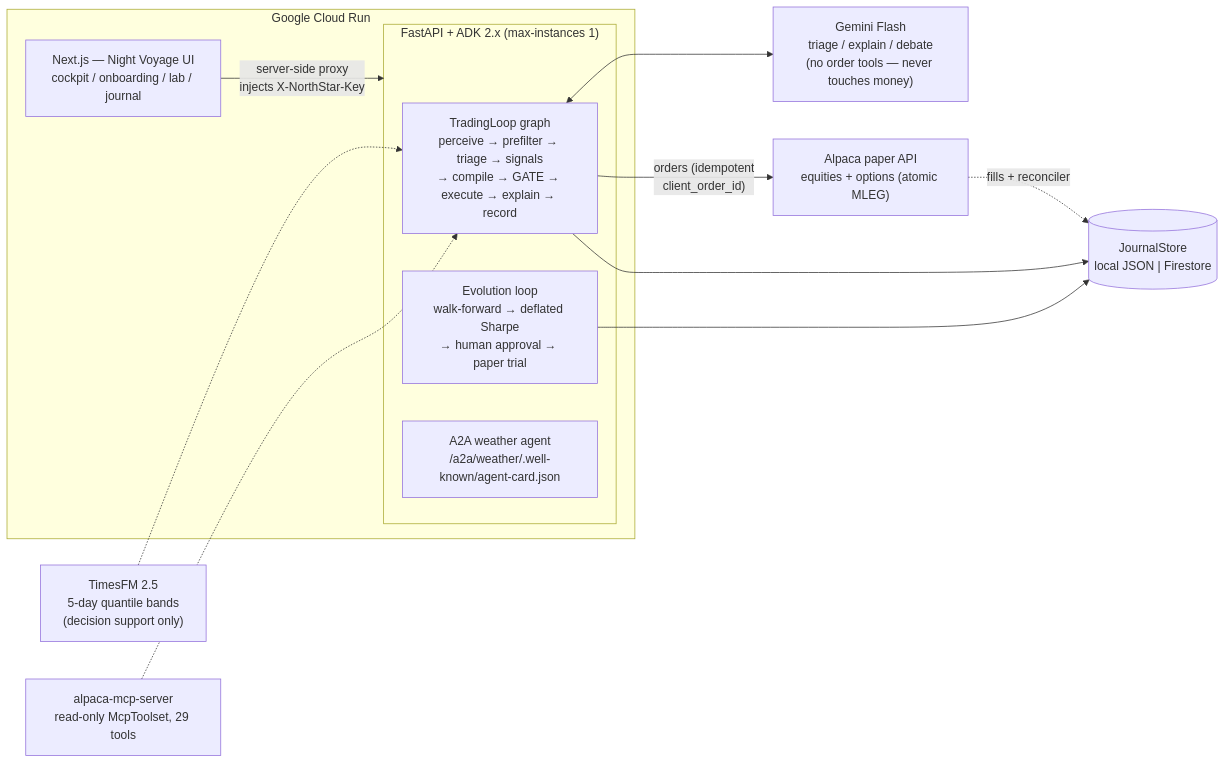
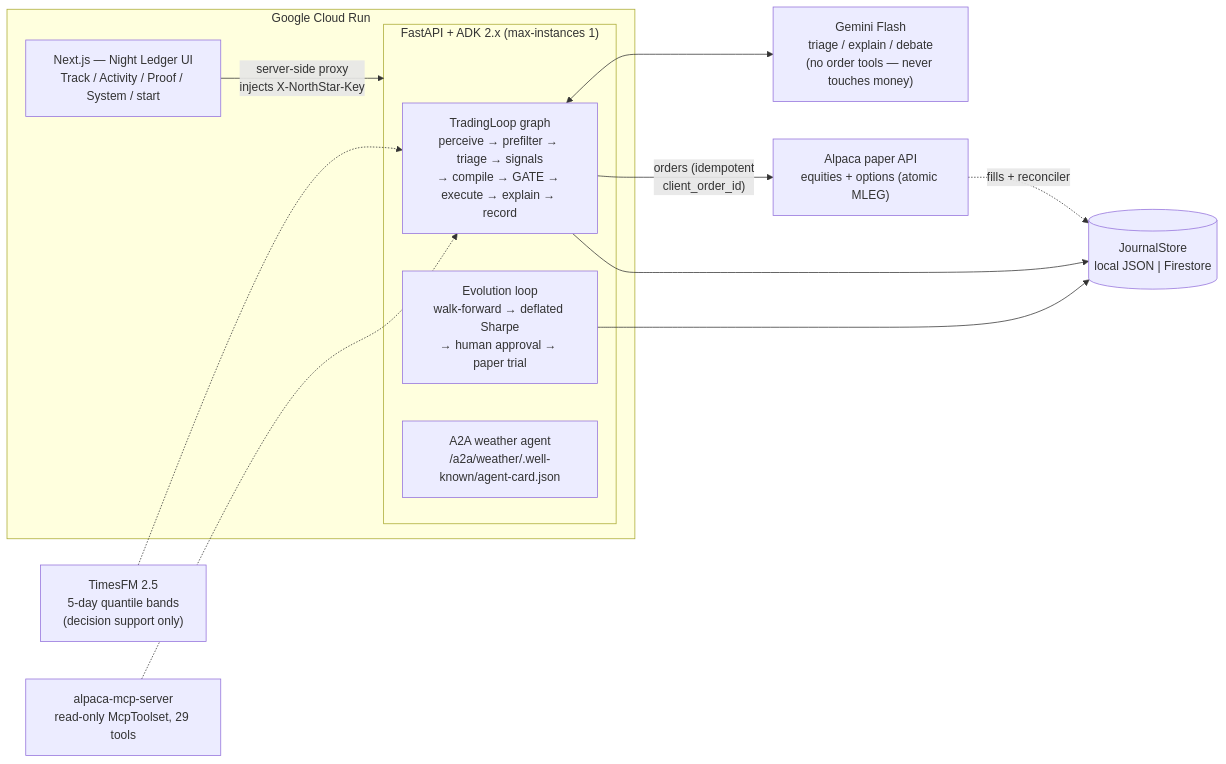
One commit to w2112515/northstar changed the diagram in README.md. Above: the diagram before and after it, drawn with Mermaid. The commit also changed other lines of this file and 13 other files, not shown here.

````diff
--- a/README.md
+++ b/README.md
@@ -70,25 +71,25 @@
 ```mermaid
 flowchart LR
     subgraph GCP["Google Cloud Run"]
-        WEB["Next.js — Night Voyage UI<br/>cockpit / onboarding / lab / journal"]
+        WEB["Next.js — Night Ledger UI<br/>Track / Activity / Proof / System / start"]
         subgraph API["FastAPI + ADK 2.x (max-instances 1)"]
             LOOP["TradingLoop graph<br/>perceive → prefilter → triage → signals<br/>→ compile → GATE → execute → explain → record"]
             EVO["Evolution loop<br/>walk-forward → deflated Sharpe<br/>→ human approval → paper trial"]
             A2AW["A2A weather agent<br/>/a2a/weather/.well-known/agent-card.json"]
         end
     end
     GEM["Gemini Flash<br/>triage / explain / debate<br/>(no order tools — never touches money)"]
     TFM["TimesFM 2.5<br/>5-day quantile bands<br/>(decision support only)"]
     MCPS["alpaca-mcp-server<br/>read-only McpToolset, 29 tools"]
     ALP["Alpaca paper API<br/>equities + options (atomic MLEG)"]
     STORE[("JournalStore<br/>local JSON | Firestore")]
 
     WEB -->|"server-side proxy<br/>injects X-NorthStar-Key"| API
     LOOP <--> GEM
     LOOP -->|"orders (idempotent<br/>client_order_id)"| ALP
     LOOP --> STORE
     EVO --> STORE
     TFM -.-> LOOP
     MCPS -.-> LOOP
     ALP -.->|"fills + reconciler"| STORE
 ```
````
